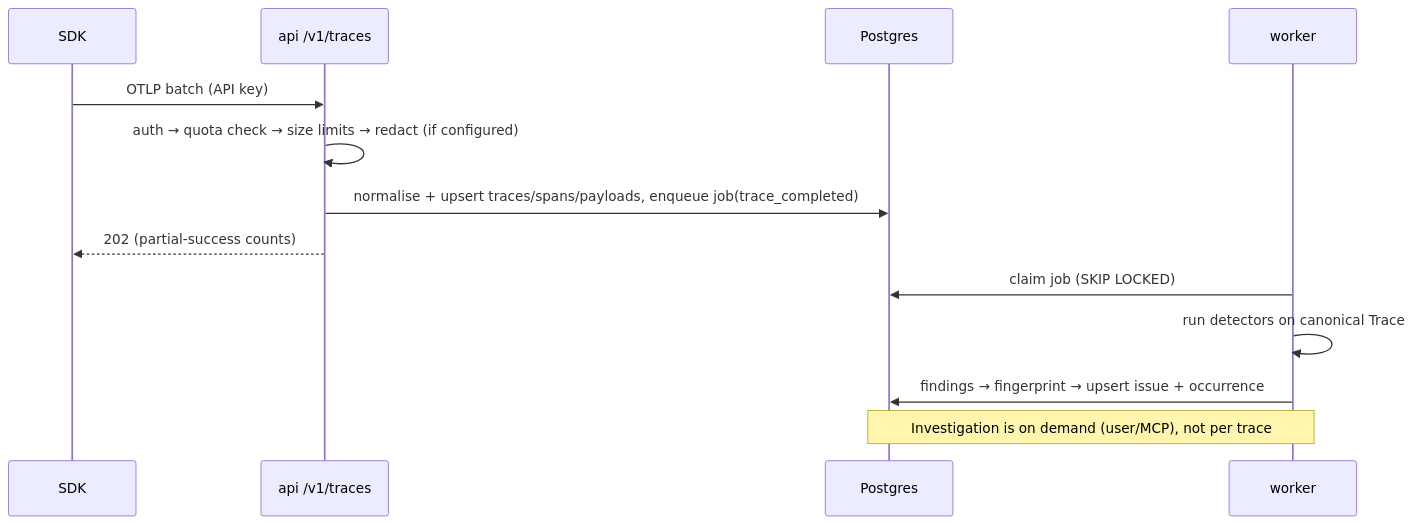
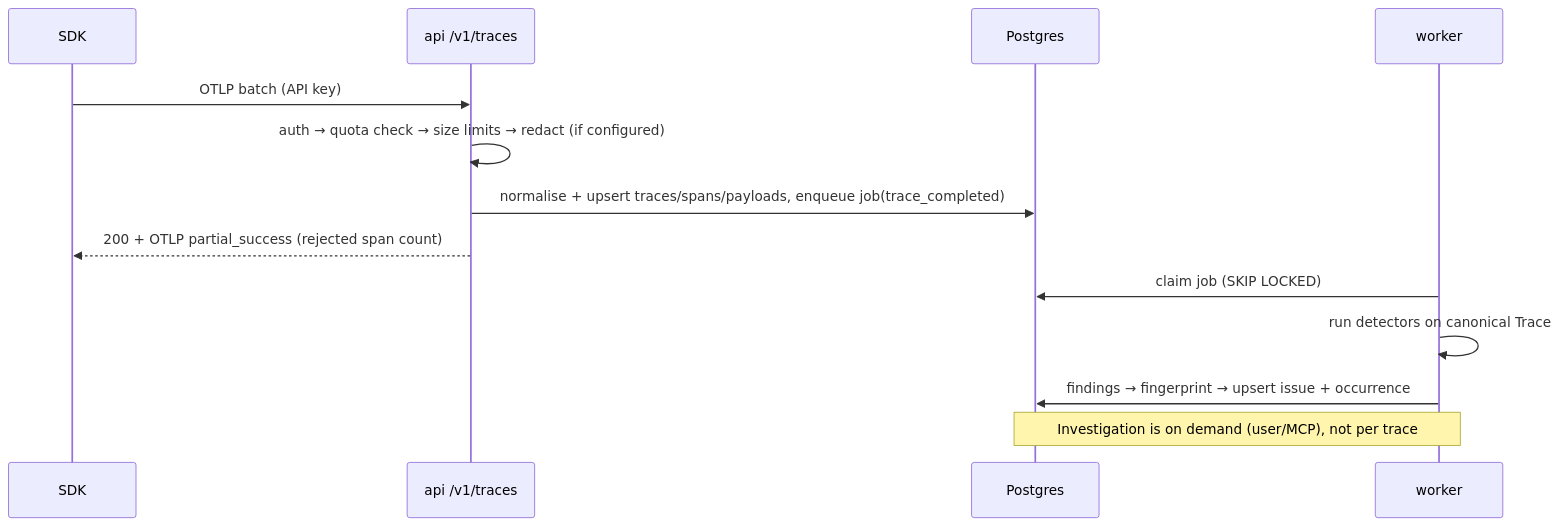
Before and after one commit to prateek8741/rootsignal: the second of 3 diagrams in docs/HIGH_LEVEL_DESIGN.md, drawn with Mermaid. The commit also changed 41 other files, not shown here.

````diff
--- a/docs/HIGH_LEVEL_DESIGN.md
+++ b/docs/HIGH_LEVEL_DESIGN.md
@@ -51,15 +51,15 @@
 ```mermaid
 sequenceDiagram
   participant SDK
   participant API as api /v1/traces
   participant DB as Postgres
   participant W as worker
   SDK->>API: OTLP batch (API key)
   API->>API: auth → quota check → size limits → redact (if configured)
   API->>DB: normalise + upsert traces/spans/payloads, enqueue job(trace_completed)
-  API-->>SDK: 202 (partial-success counts)
+  API-->>SDK: 200 + OTLP partial_success (rejected span count)
   W->>DB: claim job (SKIP LOCKED)
   W->>W: run detectors on canonical Trace
   W->>DB: findings → fingerprint → upsert issue + occurrence
   Note over W,DB: Investigation is on demand (user/MCP), not per trace
 ```
````
